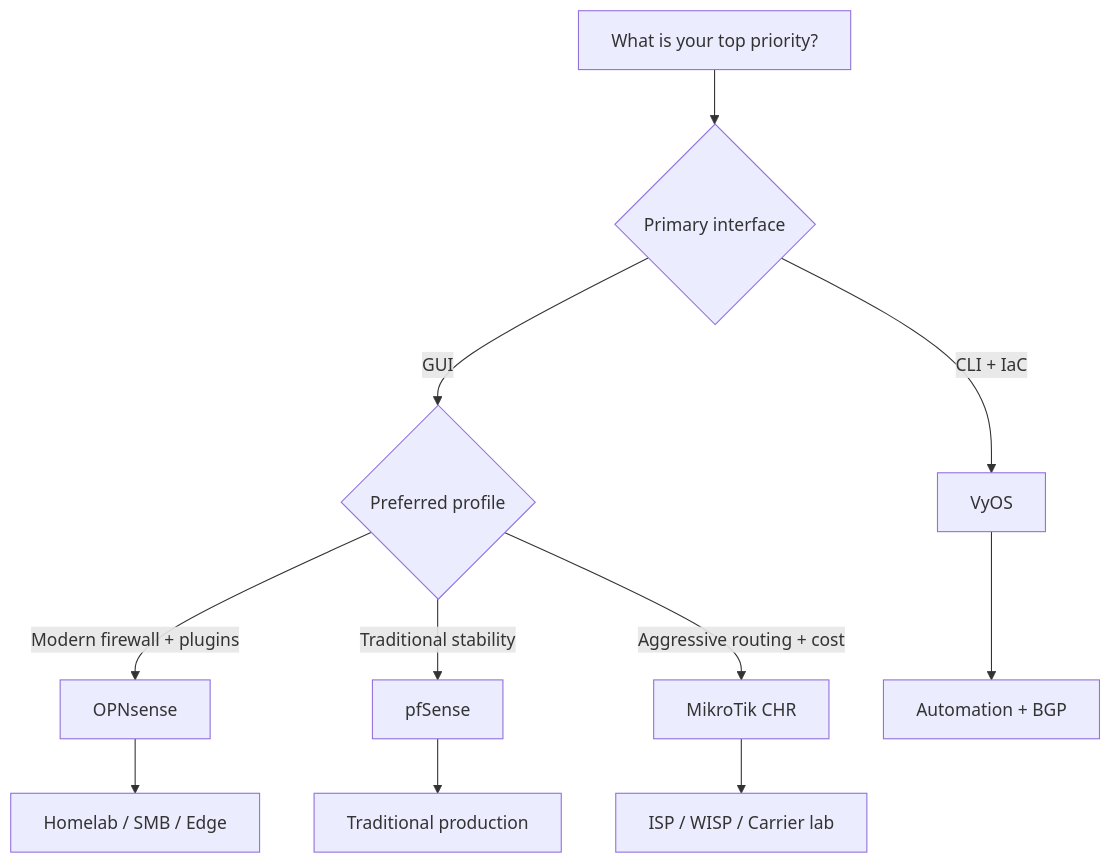
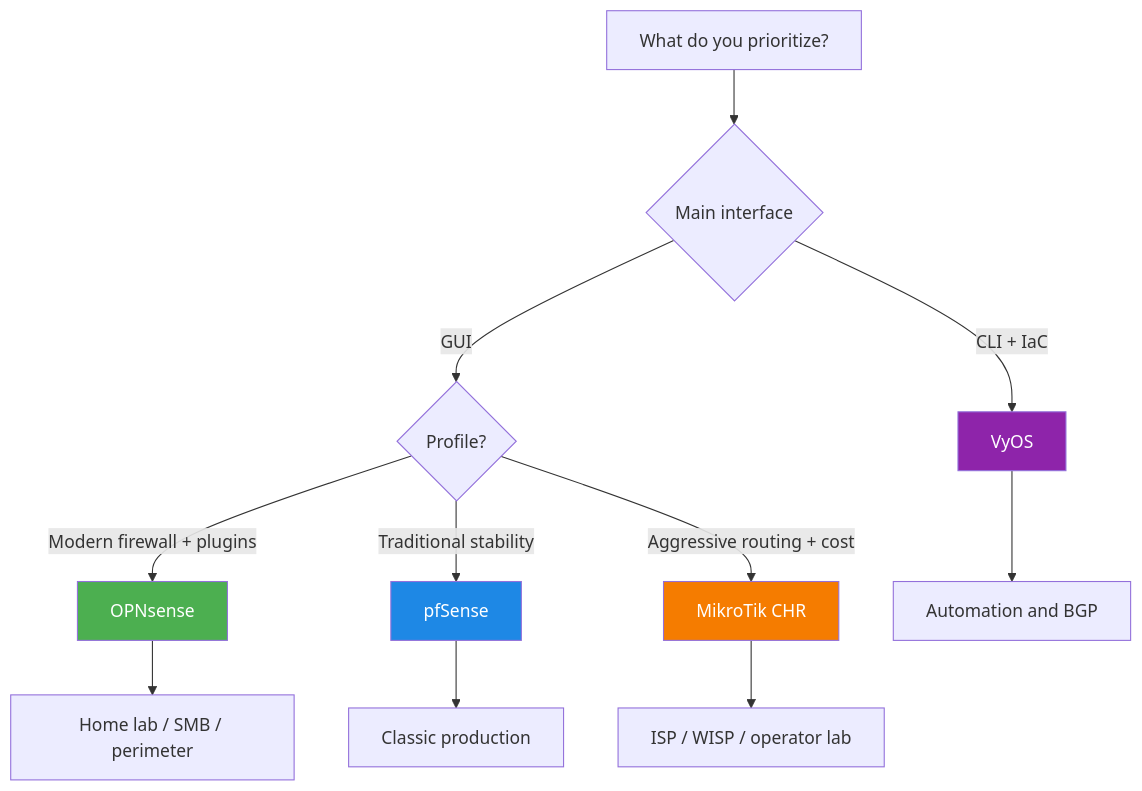
The diagram in docs/en/doc/networking/vrouters.md (rasty94/Frikiteam-docs), drawn with Mermaid before and after one commit. The commit also changed other lines of this file and 77 other files, not shown here.

````diff
--- a/docs/en/doc/networking/vrouters.md
+++ b/docs/en/doc/networking/vrouters.md
@@ -86,16 +91,21 @@
 ```mermaid
 flowchart TD
-    A[What is your top priority?] --> B{Primary interface}
+    A[What do you prioritize?] --> B{Main interface}
 
-    B -->|GUI| C{Preferred profile}
+    B -->|GUI| C{Profile?}
     B -->|CLI + IaC| D[VyOS]
 
     C -->|Modern firewall + plugins| E[OPNsense]
     C -->|Traditional stability| F[pfSense]
     C -->|Aggressive routing + cost| G[MikroTik CHR]
 
-    E --> H[Homelab / SMB / Edge]
-    F --> I[Traditional production]
-    G --> J[ISP / WISP / Carrier lab]
-    D --> K[Automation + BGP]
+    E --> H[Home lab / SMB / perimeter]
+    F --> I[Classic production]
+    G --> J[ISP / WISP / operator lab]
+    D --> K[Automation and BGP]
+
+    style E fill:#4caf50,color:#ffffff
+    style F fill:#1e88e5,color:#ffffff
+    style G fill:#f57c00,color:#ffffff
+    style D fill:#8e24aa,color:#ffffff
 ```
````
